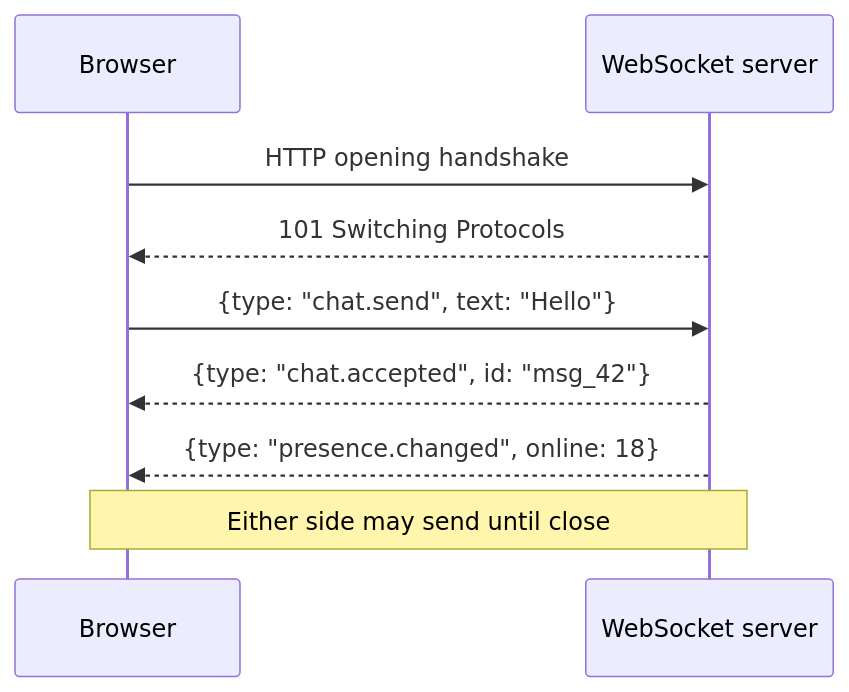
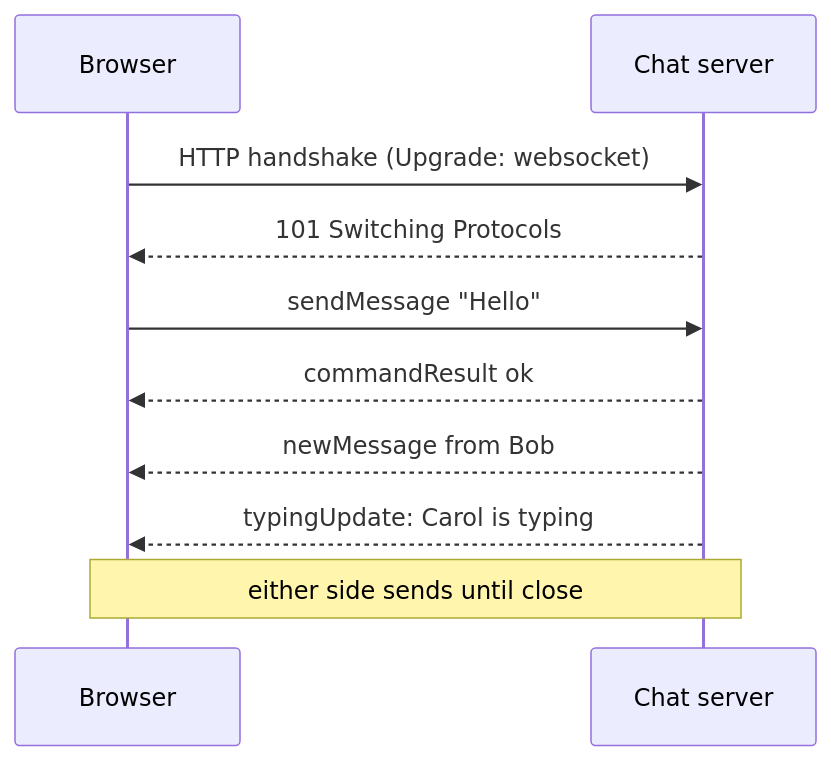
One commit to alanqi03/sys-design changed the first of 3 diagrams in connection-protocols/websockets.md. Above: the diagram before and after it, drawn with Mermaid. The commit also changed other lines of this file and 6 other files, not shown here.

````diff
--- a/connection-protocols/websockets.md
+++ b/connection-protocols/websockets.md
@@ -15,11 +16,12 @@
 ```{mermaid}
 sequenceDiagram
   participant B as Browser
-  participant S as WebSocket server
-  B->>S: HTTP opening handshake
+  participant S as Chat server
+  B->>S: HTTP handshake (Upgrade: websocket)
   S-->>B: 101 Switching Protocols
-  B->>S: {type: "chat.send", text: "Hello"}
-  S-->>B: {type: "chat.accepted", id: "msg_42"}
-  S-->>B: {type: "presence.changed", online: 18}
-  Note over B,S: Either side may send until close
+  B->>S: sendMessage "Hello"
+  S-->>B: commandResult ok
+  S-->>B: newMessage from Bob
+  S-->>B: typingUpdate: Carol is typing
+  Note over B,S: either side sends until close
 ```
````
